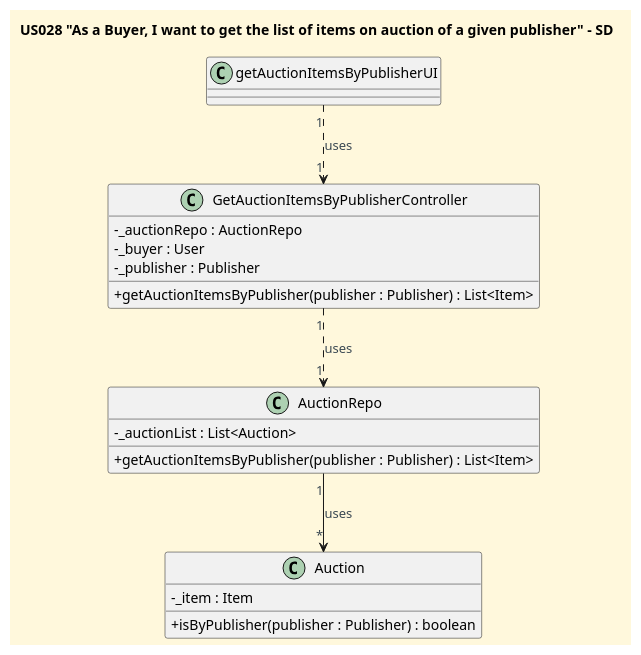
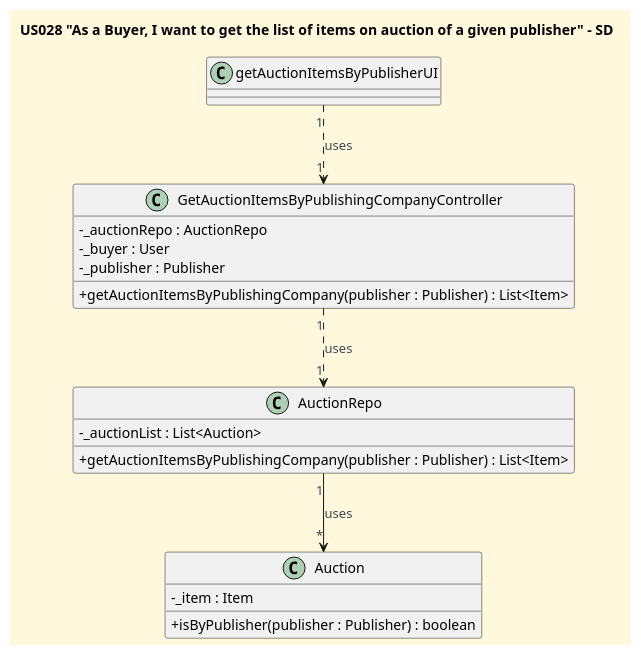
One commit to CarolinaLeite-collab/JavaMarketplacePlatform changed the diagram in docs/userStories/US028/US028_get_list_of_items_on_auction_of_given_publisher_CD.puml. Above: the diagram before and after it, drawn with PlantUML.

Commit message:
minor fix #208

```diff
--- a/docs/userStories/US028/US028_get_list_of_items_on_auction_of_given_publisher_CD.puml
+++ b/docs/userStories/US028/US028_get_list_of_items_on_auction_of_given_publisher_CD.puml
@@ -1,43 +1,43 @@
 @startuml
 'https://plantuml.com/class-diagram
 
 title US028 "As a Buyer, I want to get the list of items on auction of a given publisher" - SD
 
 
 '==== basic style ====
 skinparam monochrome false
 skinparam shadowing false
 skinparam defaultFontName Futura
 skinparam objectFontSize 20
 skinparam backgroundColor CornSilk
 skinparam objectBackgroundColor WhiteSmoke
 skinparam noteBackgroundColor #FFFFE0
 skinparam ArrowFontColor #3B4953
 skinparam ActivationBackgroundColor black
 skinparam classAttributeIconSize 0
 
 class getAuctionItemsByPublisherUI{}
 
-class GetAuctionItemsByPublisherController {
+class GetAuctionItemsByPublishingCompanyController {
 -_auctionRepo : AuctionRepo
 -_buyer : User
 -_publisher : Publisher
-+getAuctionItemsByPublisher(publisher : Publisher) : List<Item>
++getAuctionItemsByPublishingCompany(publisher : Publisher) : List<Item>
 }
 
 class AuctionRepo {
 -_auctionList : List<Auction>
-+getAuctionItemsByPublisher(publisher : Publisher) : List<Item>
++getAuctionItemsByPublishingCompany(publisher : Publisher) : List<Item>
 }
 
 class Auction {
 -_item : Item
 +isByPublisher(publisher : Publisher) : boolean
 }
 
-getAuctionItemsByPublisherUI "1"..>"1" GetAuctionItemsByPublisherController:uses
-GetAuctionItemsByPublisherController "1"..> "1"AuctionRepo : uses
+getAuctionItemsByPublisherUI "1"..>"1" GetAuctionItemsByPublishingCompanyController:uses
+GetAuctionItemsByPublishingCompanyController "1"..> "1"AuctionRepo : uses
 AuctionRepo "1" --> "*"Auction: uses
 
 
 @enduml
```
